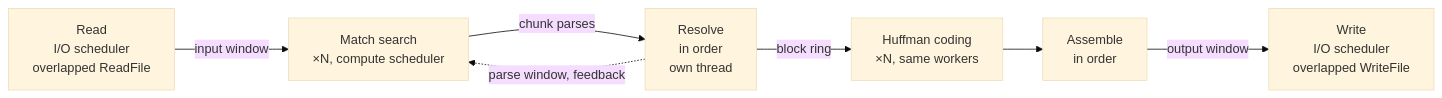
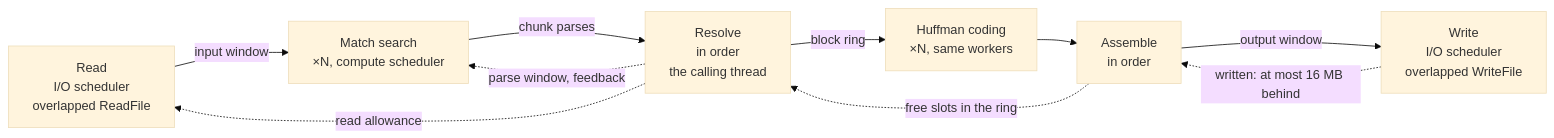
One commit to ThinkMeta-com/ThinkMeta.ConcurrentTasks.Samples changed the diagram in ctDeflate/docs/images/step-7-today.mmd. Above: the diagram before and after it, drawn with Mermaid (base theme). The commit also changed 700 other files, not shown here.

```diff
--- a/ctDeflate/docs/images/step-7-today.mmd
+++ b/ctDeflate/docs/images/step-7-today.mmd
@@ -1,14 +1,17 @@
 flowchart LR
     R["Read<br/>I/O scheduler<br/>overlapped ReadFile"]
     P["Match search<br/>×N, compute scheduler"]
-    V["Resolve<br/>in order<br/>own thread"]
+    V["Resolve<br/>in order<br/>the calling thread"]
     E["Huffman coding<br/>×N, same workers"]
     S["Assemble<br/>in order"]
     W["Write<br/>I/O scheduler<br/>overlapped WriteFile"]
     R -- "input window" --> P
     P -- "chunk parses" --> V
     V -- "block ring" --> E
     E --> S
     S -- "output window" --> W
     V -. "parse window, feedback" .-> P
+    V -. "read allowance" .-> R
+    S -. "free slots in the ring" .-> V
+    W -. "written: at most 16 MB behind" .-> S
     P ~~~ V
```
